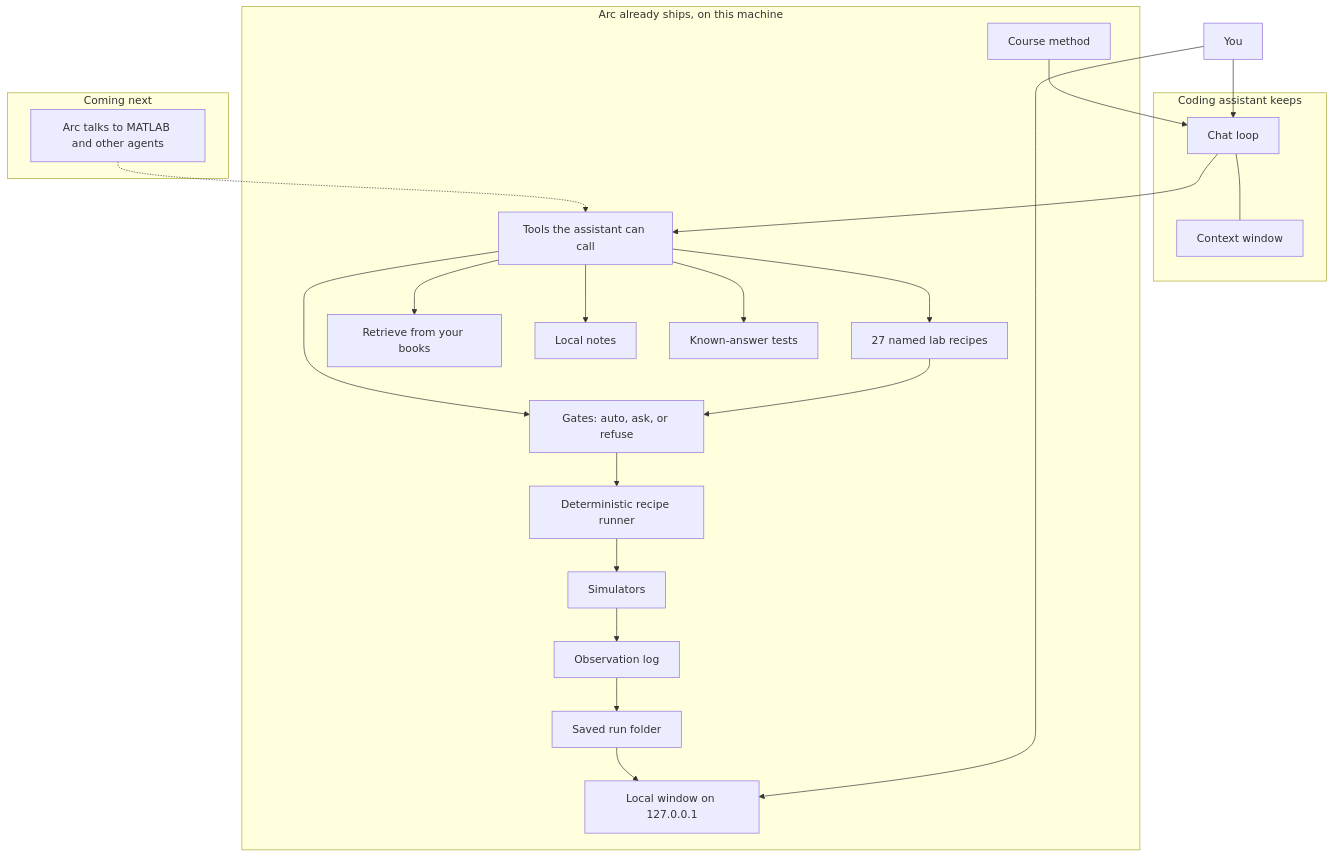
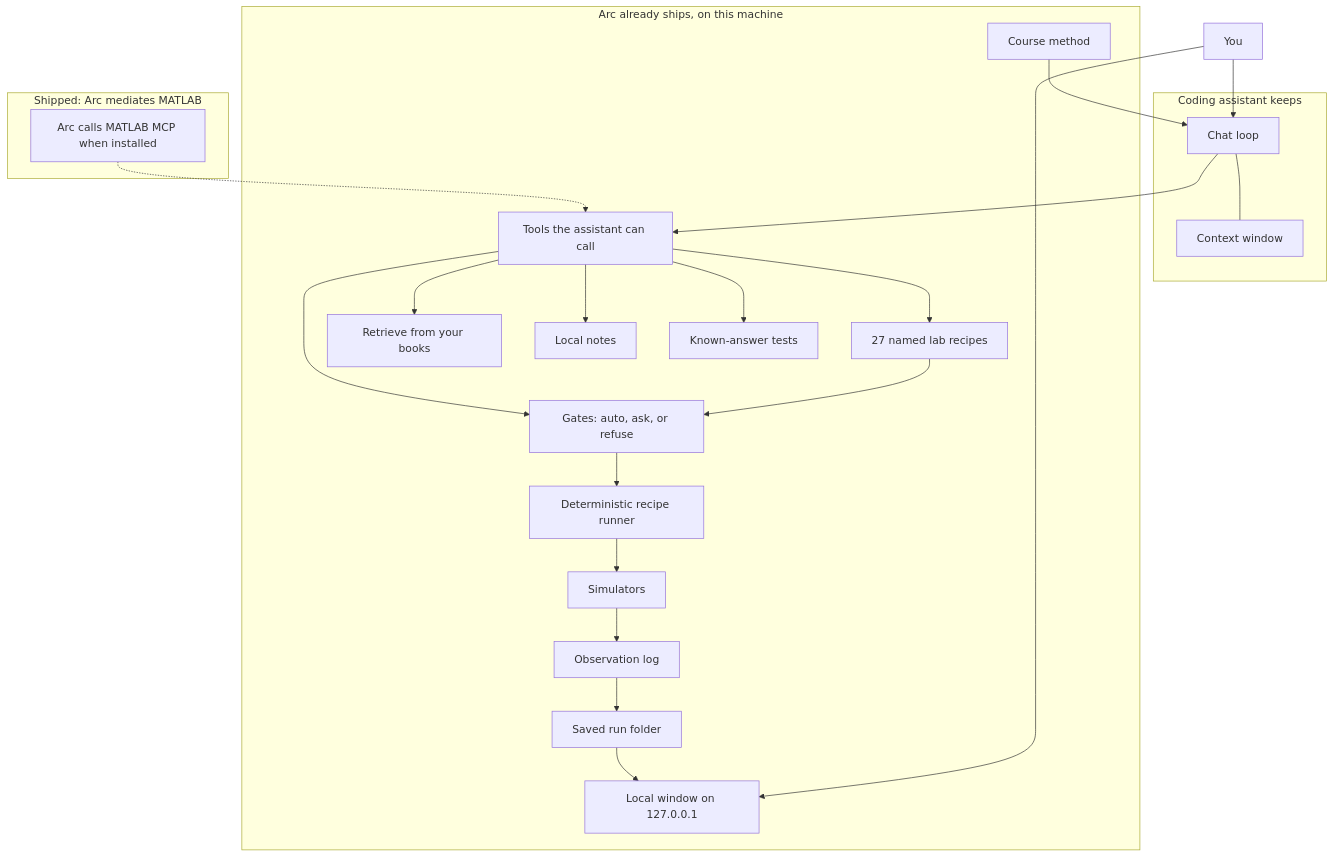
The first of 7 diagrams in docs/ON_THE_HARNESS.md (Vinayak-RZ/ARC), drawn with Mermaid before and after one commit. The commit also changed other lines of this file and 8 other files, not shown here.

First line of the commit message:
docs(hosts): ship Arc-mediated MATLAB; forbid peer MATLAB MCP

````diff
--- a/docs/ON_THE_HARNESS.md
+++ b/docs/ON_THE_HARNESS.md
@@ -48,42 +48,42 @@
 ```mermaid
 flowchart TB
   You[You]
   subgraph host["Coding assistant keeps"]
     Loop[Chat loop]
     Ctx[Context window]
     Loop --- Ctx
   end
   subgraph arc["Arc already ships, on this machine"]
     Method[Course method]
     Tools[Tools the assistant can call]
     Recipes[27 named lab recipes]
     Runner[Deterministic recipe runner]
     Sims[Simulators]
     Gates[Gates: auto, ask, or refuse]
     Books[Retrieve from your books]
     Notes[Local notes]
     Observe[Observation log]
     Tests[Known-answer tests]
     Folder[Saved run folder]
     Window[Local window on 127.0.0.1]
   end
-  subgraph soon["Coming next"]
-    Other[Arc talks to MATLAB and other agents]
+  subgraph matlab["Shipped: Arc mediates MATLAB"]
+    Other[Arc calls MATLAB MCP when installed]
   end
   You --> Loop
   You --> Window
   Loop --> Tools
   Tools --> Recipes
   Recipes --> Gates
   Tools --> Gates
   Gates --> Runner
   Runner --> Sims
   Sims --> Observe
   Observe --> Folder
   Folder --> Window
   Tools --> Books
   Tools --> Notes
   Tools --> Tests
   Method --> Loop
   Other -.-> Tools
 ```
````
